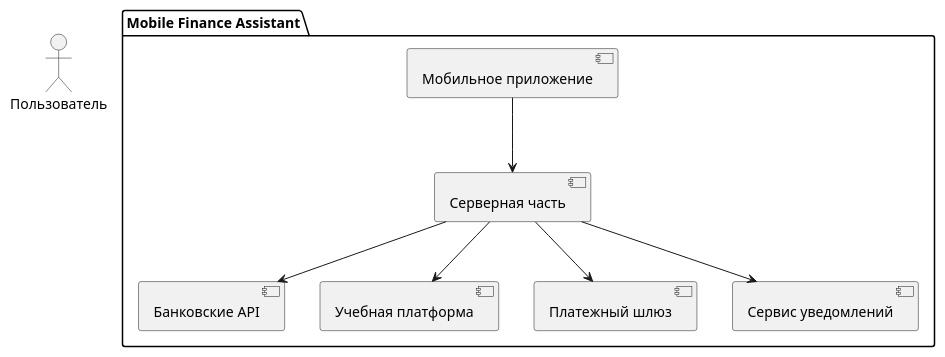
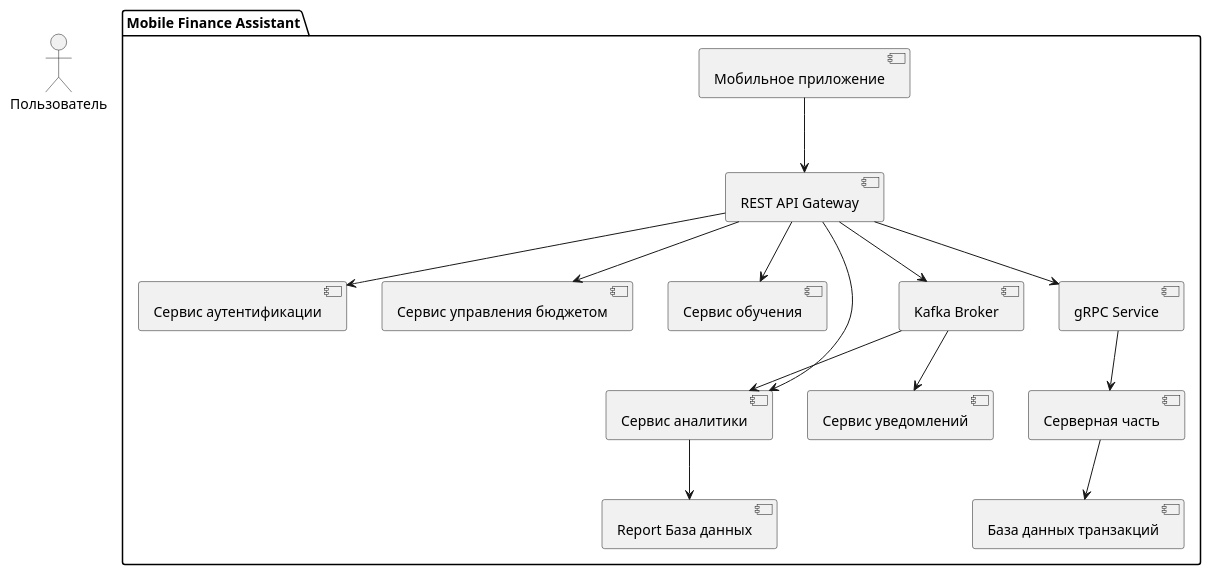
Before and after one commit to Embim/Mobilefinass: the first of 4 diagrams in my-website/docs/Architecture/architec.md, drawn with PlantUML. The commit also changed other lines of this file and 8 other files, not shown here.

````diff
--- a/my-website/docs/Architecture/architec.md
+++ b/my-website/docs/Architecture/architec.md
@@ -22,12 +22,20 @@
 ```plantuml
 @startuml
 actor Пользователь
+
 package "Mobile Finance Assistant" {
-  [Мобильное приложение] --> [Серверная часть]
-  [Серверная часть] --> [Банковские API]
-  [Серверная часть] --> [Учебная платформа]
-  [Серверная часть] --> [Платежный шлюз]
-  [Серверная часть] --> [Сервис уведомлений]
+  [Мобильное приложение] --> [REST API Gateway]
+  [REST API Gateway] --> [Сервис аутентификации]
+  [REST API Gateway] --> [Сервис управления бюджетом]
+  [REST API Gateway] --> [Сервис обучения]
+  [REST API Gateway] --> [Сервис аналитики]
+  [REST API Gateway] --> [Kafka Broker]
+  [Kafka Broker] --> [Сервис аналитики]
+  [Kafka Broker] --> [Сервис уведомлений]
+  [Сервис аналитики] --> [Report База данных]
+  [REST API Gateway] --> [gRPC Service]
+  [gRPC Service] --> [Серверная часть]
+  [Серверная часть] --> [База данных транзакций]
 }
 @enduml
 ```
````
